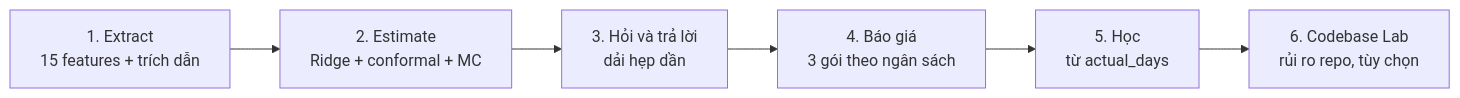
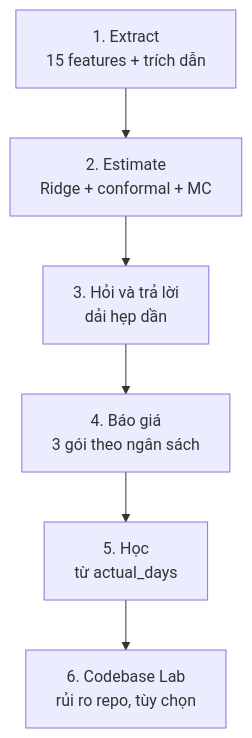
The first of 2 diagrams in README.md (iknizzz1807/the-estimator), drawn with Mermaid before and after one commit. The commit also changed other lines of this file, not shown here.

Commit message:
docs: vertical diagrams + 'khi có dữ liệu thật' section (codebase as direct model input, not post-hoc surcharge)

````diff
--- a/README.md
+++ b/README.md
@@ -26,8 +26,10 @@
 ```mermaid
-flowchart LR
-    A[1. Extract<br/>15 features + trích dẫn] --> B[2. Estimate<br/>Ridge + conformal + MC]
-    B --> C[3. Hỏi và trả lời<br/>dải hẹp dần]
-    C --> D[4. Báo giá<br/>3 gói theo ngân sách]
-    D --> E[5. Học<br/>từ actual_days]
-    E --> F[6. Codebase Lab<br/>rủi ro repo, tùy chọn]
+flowchart TB
+    A["1. Extract<br/>15 features + trích dẫn"]
+    B["2. Estimate<br/>Ridge + conformal + MC"]
+    C["3. Hỏi và trả lời<br/>dải hẹp dần"]
+    D["4. Báo giá<br/>3 gói theo ngân sách"]
+    E["5. Học<br/>từ actual_days"]
+    F["6. Codebase Lab<br/>rủi ro repo, tùy chọn"]
+    A --> B --> C --> D --> E --> F
 ```
````
